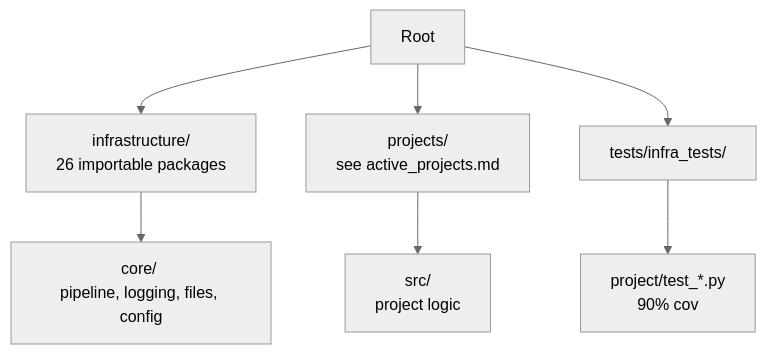
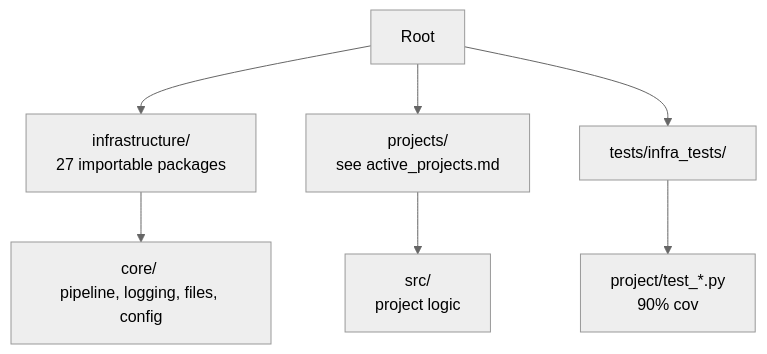
Before and after one commit to docxology/template: the diagram in docs/_generated/COUNTS.md, drawn with Mermaid (neutral theme). The commit also changed other lines of this file and 157 other files, not shown here.

````diff
--- a/docs/_generated/COUNTS.md
+++ b/docs/_generated/COUNTS.md
@@ -228,9 +229,9 @@
 ```mermaid
 flowchart TD
-    Root[Root] --> Infra[infrastructure/ <br/>26 importable packages]
+    Root[Root] --> Infra[infrastructure/ <br/>27 importable packages]
     Root --> Projects[projects/ <br/>see active_projects.md]
     Root --> Tests[tests/infra_tests/]
     Infra --> Core[core/ <br/>pipeline, logging, files, config]
     Projects --> Src[src/ <br/>project logic]
     Tests --> ProjectTests[project/test_*.py <br/>90% cov]
 ```
````
